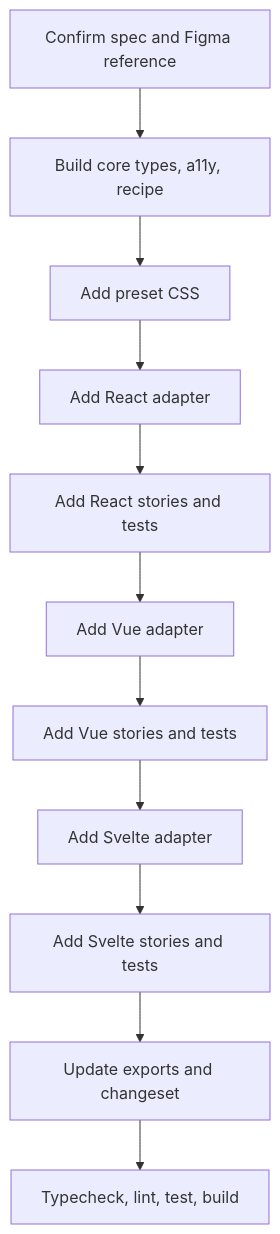
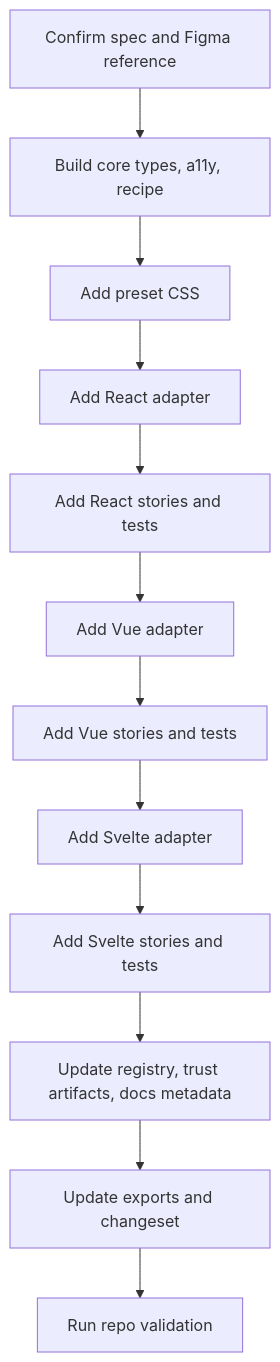
One commit to niklas-westman/marwes changed the diagram in docs/guides/adding-components.md. Above: the diagram before and after it, drawn with Mermaid. The commit also changed other lines of this file and 12 other files, not shown here.

````diff
--- a/docs/guides/adding-components.md
+++ b/docs/guides/adding-components.md
@@ -15,13 +15,14 @@
 ```mermaid
 flowchart TD
   Spec[Confirm spec and Figma reference] --> Core[Build core types, a11y, recipe]
   Core --> Presets[Add preset CSS]
   Presets --> React[Add React adapter]
   React --> ReactStories[Add React stories and tests]
   ReactStories --> Vue[Add Vue adapter]
   Vue --> VueStories[Add Vue stories and tests]
   VueStories --> Svelte[Add Svelte adapter]
   Svelte --> SvelteStories[Add Svelte stories and tests]
-  SvelteStories --> Exports[Update exports and changeset]
-  Exports --> Verify[Typecheck, lint, test, build]
+  SvelteStories --> Metadata[Update registry, trust artifacts, docs metadata]
+  Metadata --> Exports[Update exports and changeset]
+  Exports --> Verify[Run repo validation]
 ```
````
